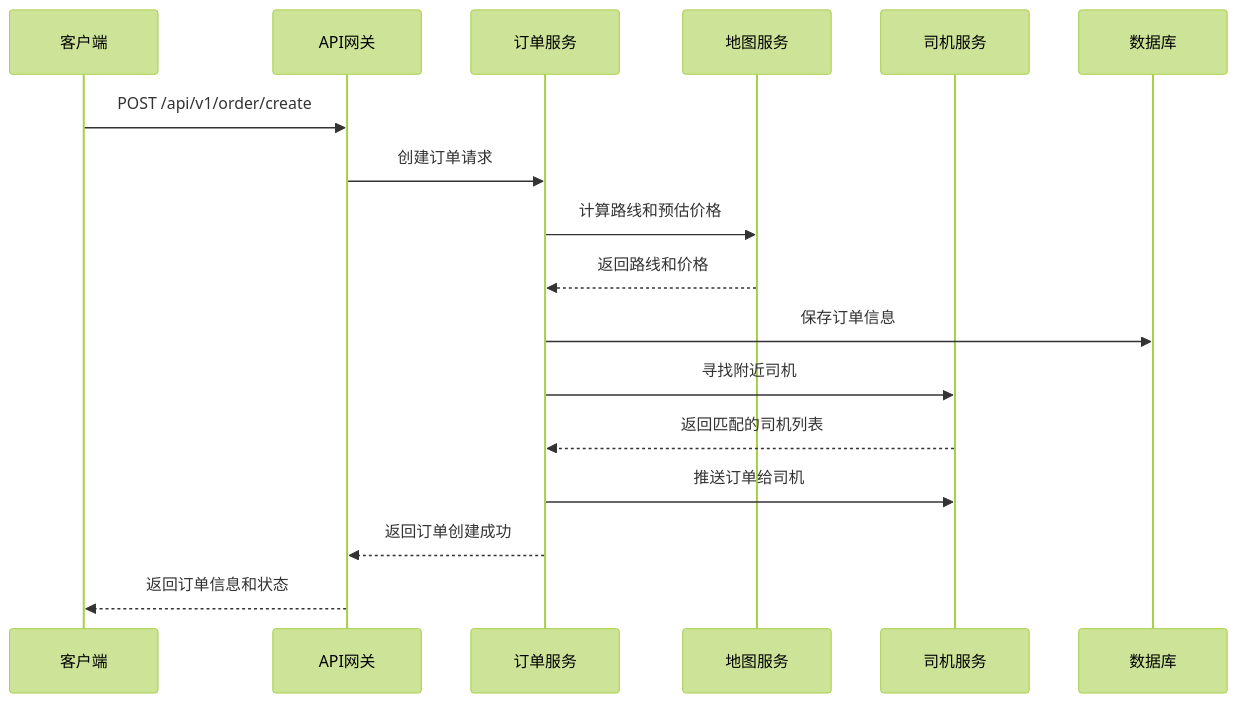
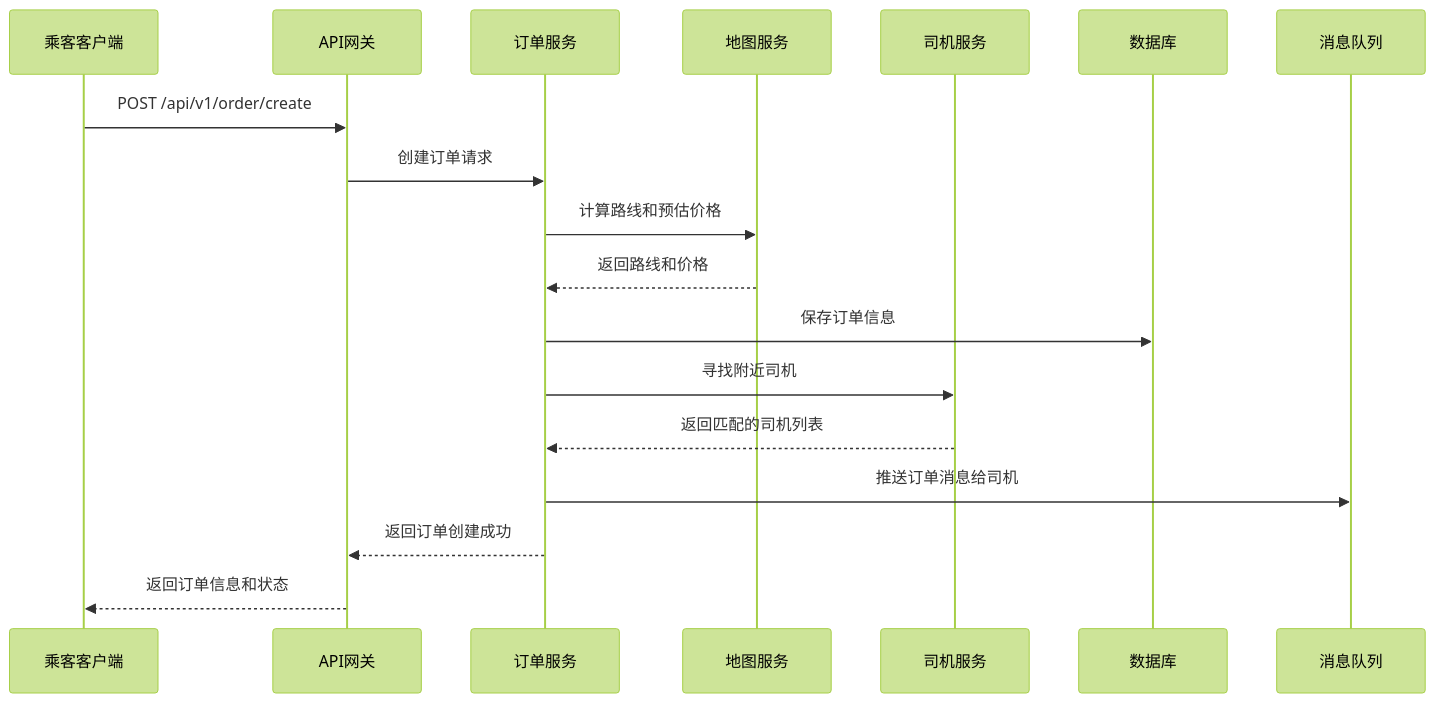
One commit to annhay/shunshun changed the first of 2 diagrams in README.md. Above: the diagram before and after it, drawn with Mermaid (forest theme). The commit also changed other lines of this file and 10 other files, not shown here.

````diff
--- a/README.md
+++ b/README.md
@@ -216,20 +251,21 @@
 ```mermaid
 sequenceDiagram
-    participant Client as 客户端
+    participant Client as 乘客客户端
     participant Gateway as API网关
     participant OrderService as 订单服务
     participant MapService as 地图服务
     participant DriverService as 司机服务
     participant DB as 数据库
+    participant RabbitMQ as 消息队列
 
     Client->>Gateway: POST /api/v1/order/create
     Gateway->>OrderService: 创建订单请求
     OrderService->>MapService: 计算路线和预估价格
     MapService-->>OrderService: 返回路线和价格
     OrderService->>DB: 保存订单信息
     OrderService->>DriverService: 寻找附近司机
     DriverService-->>OrderService: 返回匹配的司机列表
-    OrderService->>DriverService: 推送订单给司机
+    OrderService->>RabbitMQ: 推送订单消息给司机
     OrderService-->>Gateway: 返回订单创建成功
     Gateway-->>Client: 返回订单信息和状态
 ```
````
